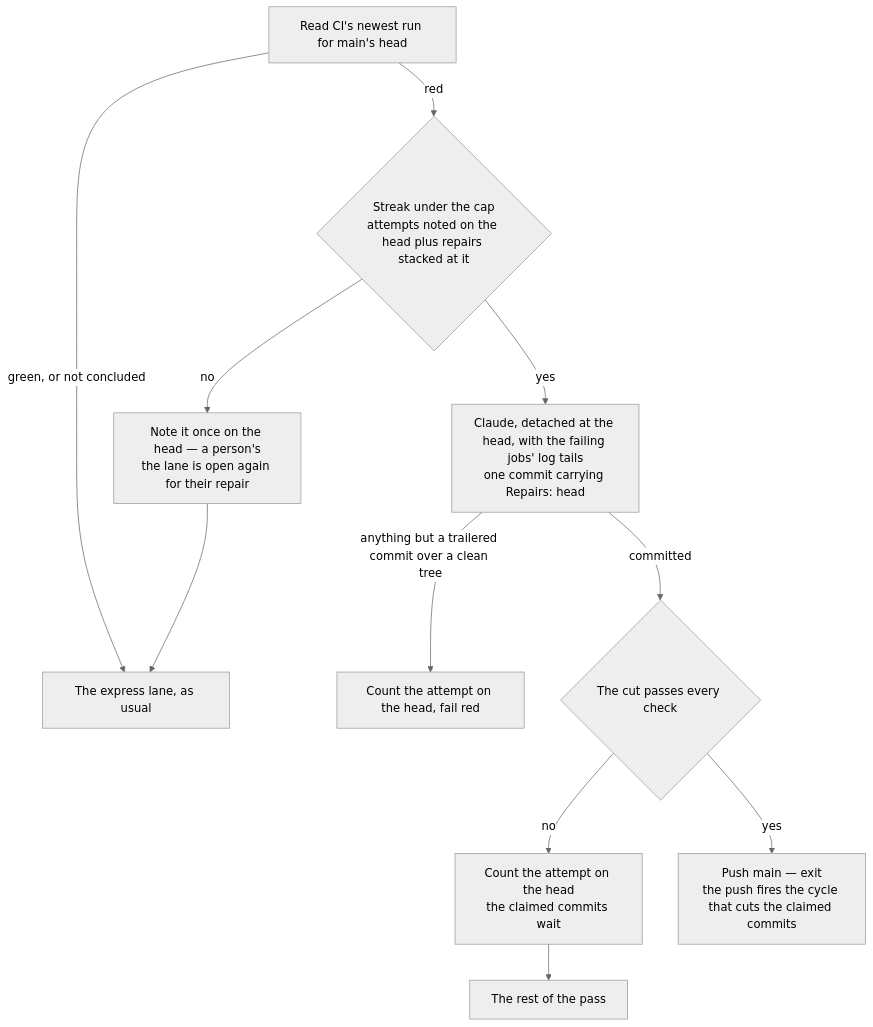
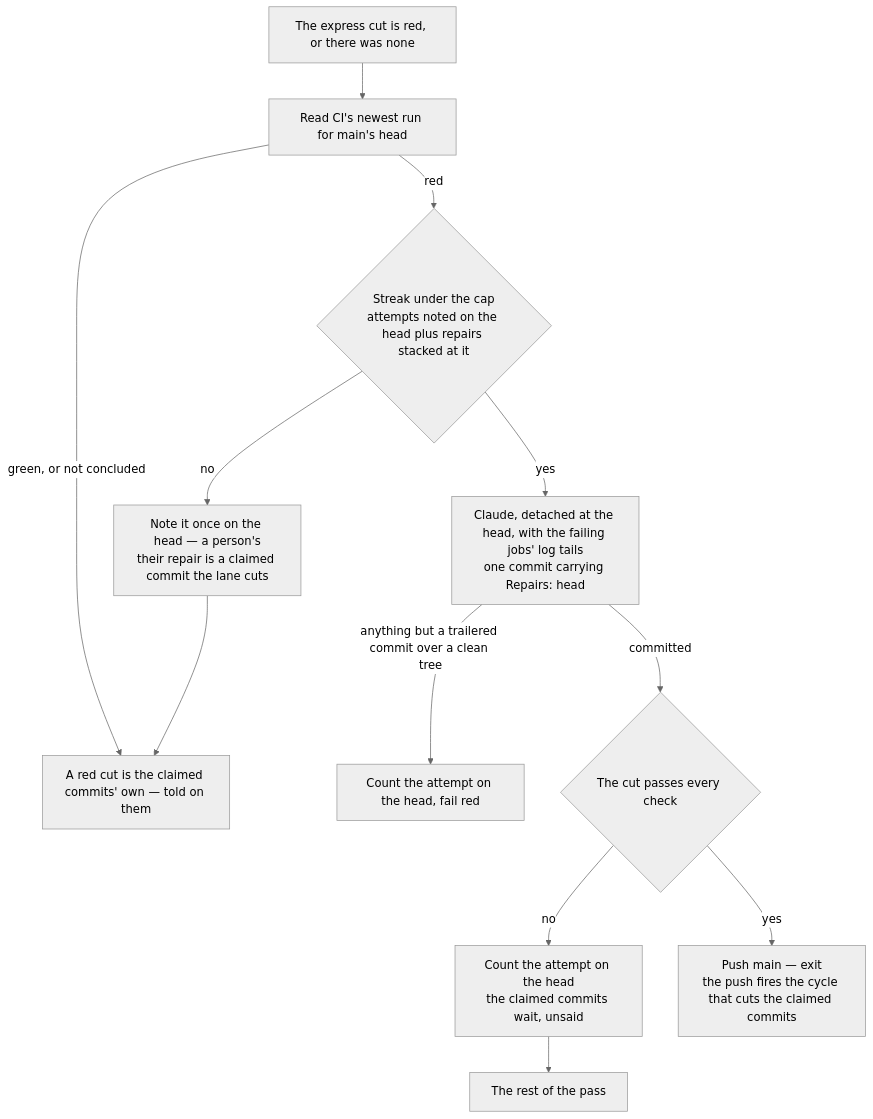
Before and after one commit to Esposter/Esposter: the diagram in apps/web/content/docs/infra/review-collector/repair.md, drawn with Mermaid (neutral theme). The commit also changed other lines of this file and 6 other files, not shown here.

First line of the commit message:
fix(coderabbit): the express cut goes first, and a red main is repaired behind a red cut

````diff
--- a/apps/web/content/docs/infra/review-collector/repair.md
+++ b/apps/web/content/docs/infra/review-collector/repair.md
@@ -12,11 +12,12 @@
 ```mermaid
 flowchart TD
-  R[Read CI's newest run for main's head] -->|green, or not concluded| L[The express lane, as usual]
+  E[The express cut is red, or there was none] --> R[Read CI's newest run for main's head]
+  R -->|green, or not concluded| L[A red cut is the claimed commits' own — told on them]
   R -->|red| S{Streak under the cap<br/>attempts noted on the head plus repairs stacked at it}
-  S -->|no| P[Note it once on the head — a person's<br/>the lane is open again for their repair] --> L
+  S -->|no| P[Note it once on the head — a person's<br/>their repair is a claimed commit the lane cuts] --> L
   S -->|yes| C[Claude, detached at the head, with the failing jobs' log tails<br/>one commit carrying Repairs: head]
   C -->|anything but a trailered commit over a clean tree| F[Count the attempt on the head, fail red]
   C -->|committed| V{The cut passes every check}
-  V -->|no| N[Count the attempt on the head<br/>the claimed commits wait] --> L2[The rest of the pass]
+  V -->|no| N[Count the attempt on the head<br/>the claimed commits wait, unsaid] --> L2[The rest of the pass]
   V -->|yes| PU[Push main — exit<br/>the push fires the cycle that cuts the claimed commits]
 ```
````
